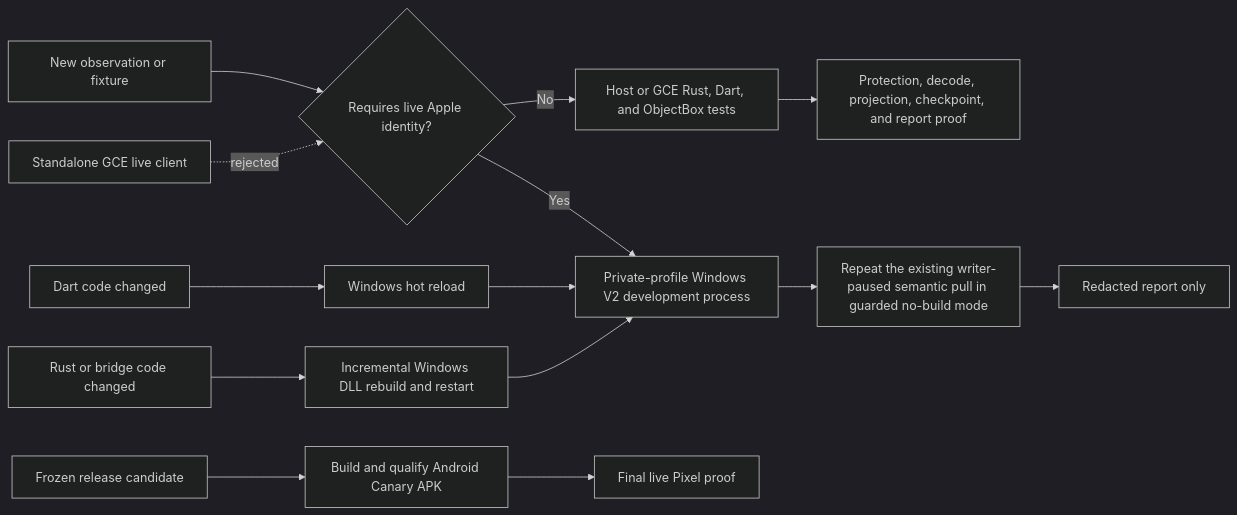
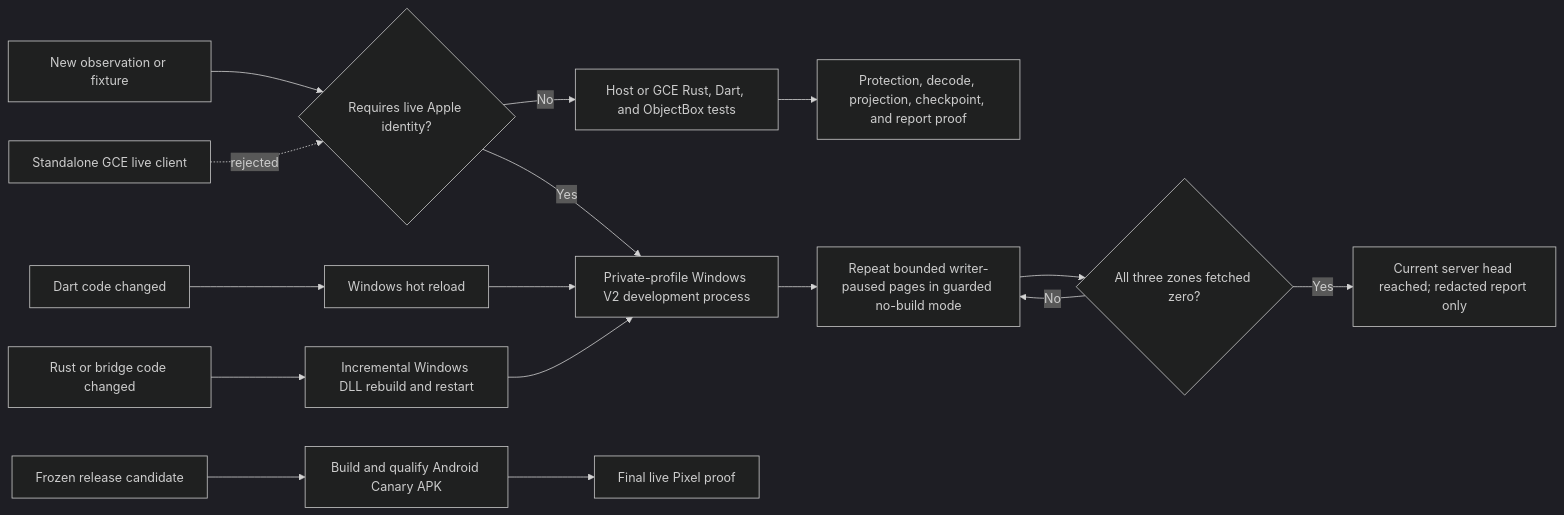
Before and after one commit to Xare123/openbubbles-app: the third of 3 diagrams in docs/CLOUD_SYNC_V2_CONNECTION_TREEMAP.md, drawn with Mermaid (dark theme). The commit also changed other lines of this file and 11 other files, not shown here.

````diff
--- a/docs/CLOUD_SYNC_V2_CONNECTION_TREEMAP.md
+++ b/docs/CLOUD_SYNC_V2_CONNECTION_TREEMAP.md
@@ -125,16 +125,18 @@
 ```mermaid
 flowchart LR
   I[New observation or fixture] --> K{Requires live Apple identity?}
   K -- No --> H[Host or GCE Rust, Dart, and ObjectBox tests]
   H --> R[Protection, decode, projection, checkpoint, and report proof]
   K -- Yes --> W[Private-profile Windows V2 development process]
-  W --> P[Repeat the existing writer-paused semantic pull in guarded no-build mode]
-  P --> Z[Redacted report only]
+  W --> P[Repeat bounded writer-paused pages in guarded no-build mode]
+  P --> E{All three zones fetched zero?}
+  E -- No --> P
+  E -- Yes --> Z[Current server head reached; redacted report only]
   N[Dart code changed] --> D[Windows hot reload]
   D --> W
   V[Rust or bridge code changed] --> B[Incremental Windows DLL rebuild and restart]
   B --> W
   Q[Frozen release candidate] --> C[Build and qualify Android Canary APK]
   C --> L[Final live Pixel proof]
   X[Standalone GCE live client] -. rejected .-> K
 ```
````
